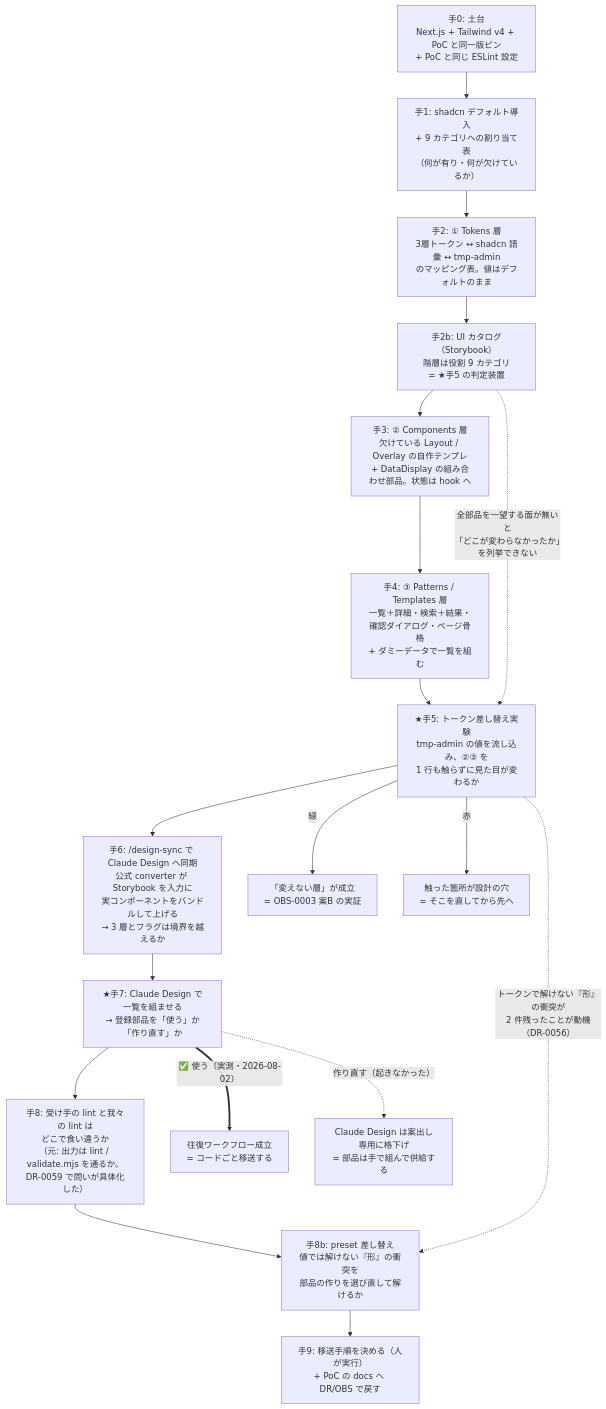
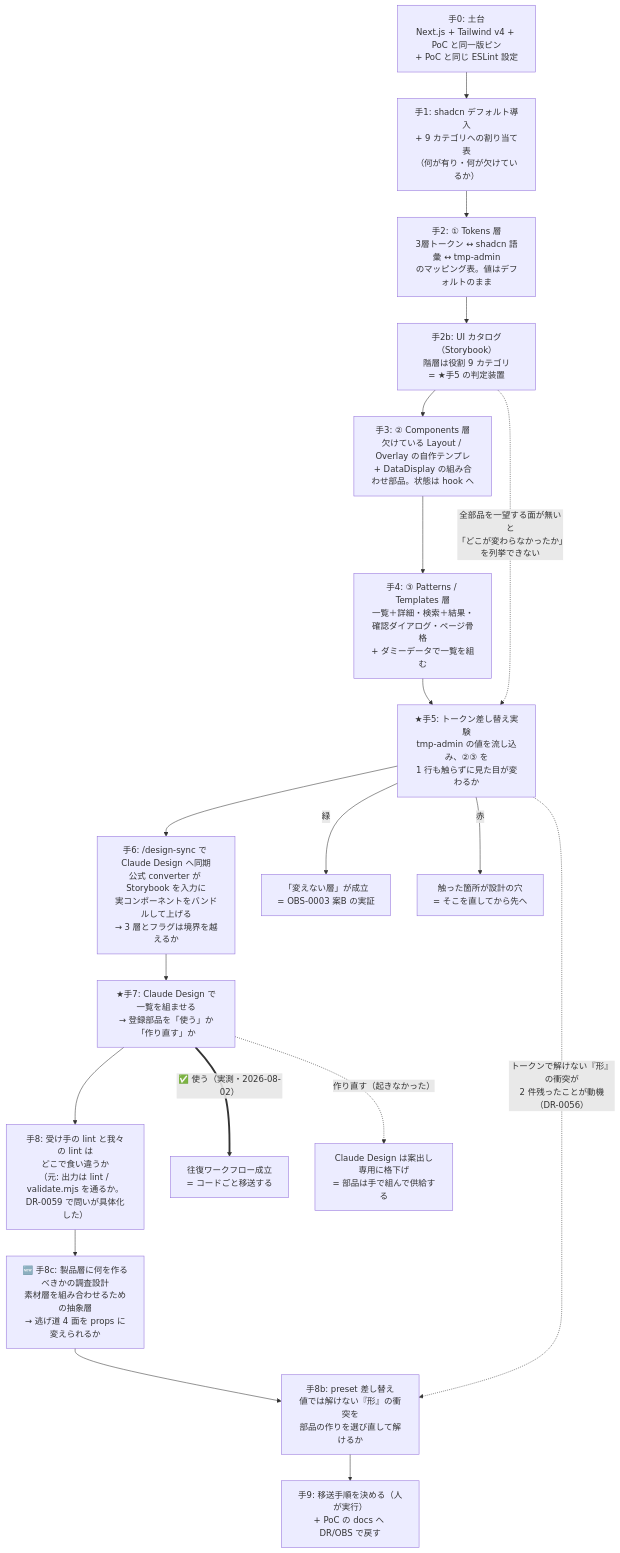
One commit to yatami0/design changed the third of 3 diagrams in docs/UI検証の位置づけと段取り.md. Above: the diagram before and after it, drawn with Mermaid. The commit also changed other lines of this file and 3 other files, not shown here.

````diff
--- a/docs/UI検証の位置づけと段取り.md
+++ b/docs/UI検証の位置づけと段取り.md
@@ -140,24 +140,25 @@
 ```mermaid
 flowchart TD
   H0["手0: 土台<br/>Next.js + Tailwind v4 + PoC と同一版ピン<br/>+ PoC と同じ ESLint 設定"]
   H1["手1: shadcn デフォルト導入<br/>+ 9 カテゴリへの割り当て表<br/>（何が有り・何が欠けているか）"]
   H2["手2: ① Tokens 層<br/>3層トークン ↔ shadcn 語彙 ↔ tmp-admin<br/>のマッピング表。値はデフォルトのまま"]
   H2B["手2b: UI カタログ（Storybook）<br/>階層は役割 9 カテゴリ<br/>= ★手5 の判定装置"]
   H3["手3: ② Components 層<br/>欠けている Layout / Overlay の自作テンプレ<br/>+ DataDisplay の組み合わせ部品。状態は hook へ"]
   H4["手4: ③ Patterns / Templates 層<br/>一覧＋詳細・検索＋結果・確認ダイアログ・ページ骨格<br/>+ ダミーデータで一覧を組む"]
   H5["★手5: トークン差し替え実験<br/>tmp-admin の値を流し込み、②③ を<br/>1 行も触らずに見た目が変わるか"]
   H6["手6: /design-sync で Claude Design へ同期<br/>公式 converter が Storybook を入力に<br/>実コンポーネントをバンドルして上げる<br/>→ 3 層とフラグは境界を越えるか"]
   H7["★手7: Claude Design で一覧を組ませる<br/>→ 登録部品を「使う」か「作り直す」か"]
   H8["手8: 受け手の lint と我々の lint は<br/>どこで食い違うか<br/>（元: 出力は lint / validate.mjs を通るか。<br/>DR-0059 で問いが具体化した）"]
+  H8C["🆕 手8c: 製品層に何を作るべきかの調査設計<br/>素材層を組み合わせるための抽象層<br/>→ 逃げ道 4 面を props に変えられるか"]
   H8B["手8b: preset 差し替え<br/>値では解けない『形』の衝突を<br/>部品の作りを選び直して解けるか"]
   H9["手9: 移送手順を決める（人が実行）<br/>+ PoC の docs へ DR/OBS で戻す"]
 
-  H0 --> H1 --> H2 --> H2B --> H3 --> H4 --> H5 --> H6 --> H7 --> H8 --> H8B --> H9
+  H0 --> H1 --> H2 --> H2B --> H3 --> H4 --> H5 --> H6 --> H7 --> H8 --> H8C --> H8B --> H9
   H2B -. "全部品を一望する面が無いと<br/>「どこが変わらなかったか」を列挙できない" .-> H5
   H5 -. "トークンで解けない『形』の衝突が<br/>2 件残ったことが動機（DR-0056）" .-> H8B
 
   H5 -- "緑" --> OK5["「変えない層」が成立<br/>= OBS-0003 案B の実証"]
   H5 -- "赤" --> NG5["触った箇所が設計の穴<br/>= そこを直してから先へ"]
   H7 == "✅ 使う（実測・2026-08-02）" ==> OK7["往復ワークフロー成立<br/>= コードごと移送する"]
   H7 -. "作り直す（起きなかった）" .-> NG7["Claude Design は案出し専用に格下げ<br/>= 部品は手で組んで供給する"]
 ```
````
